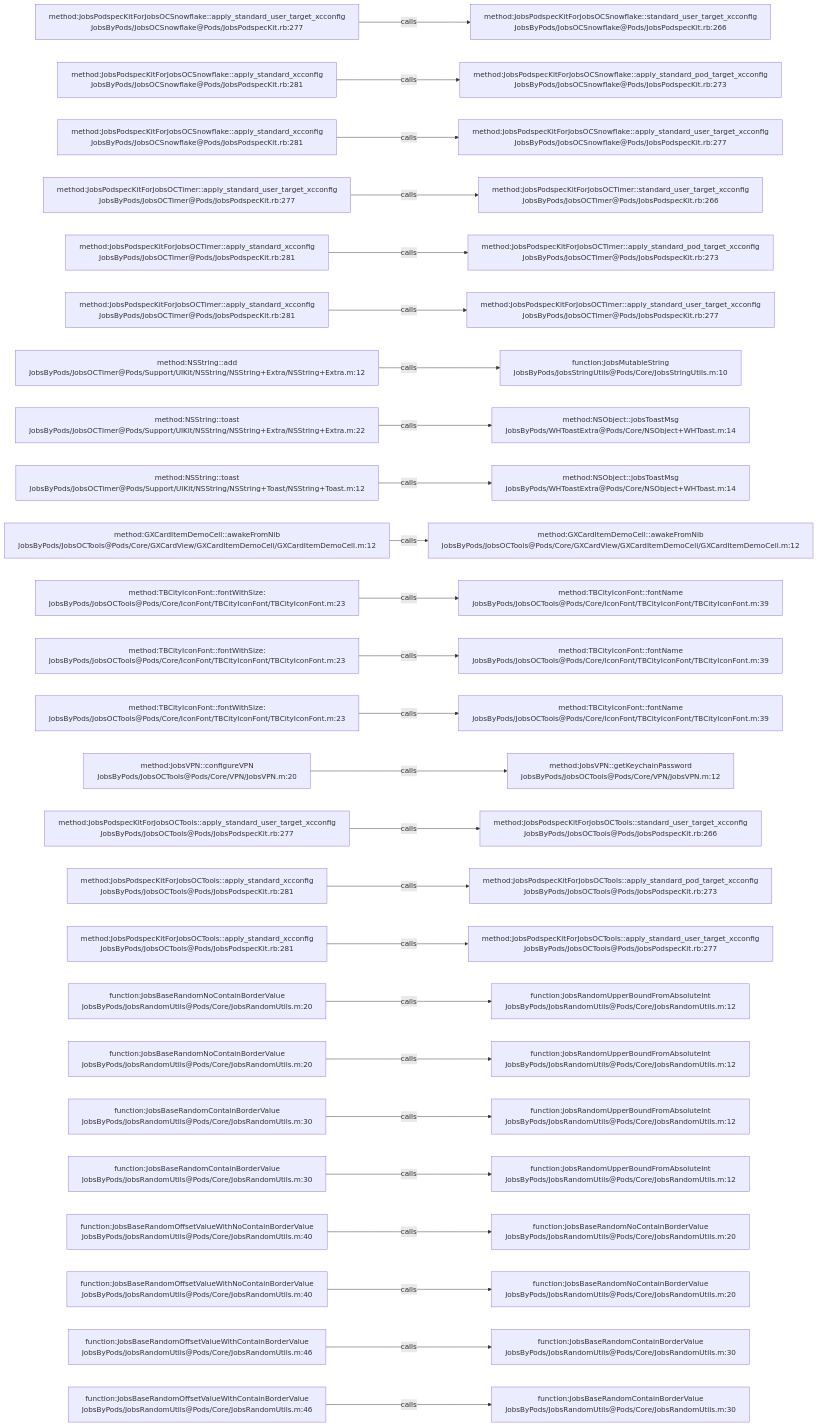
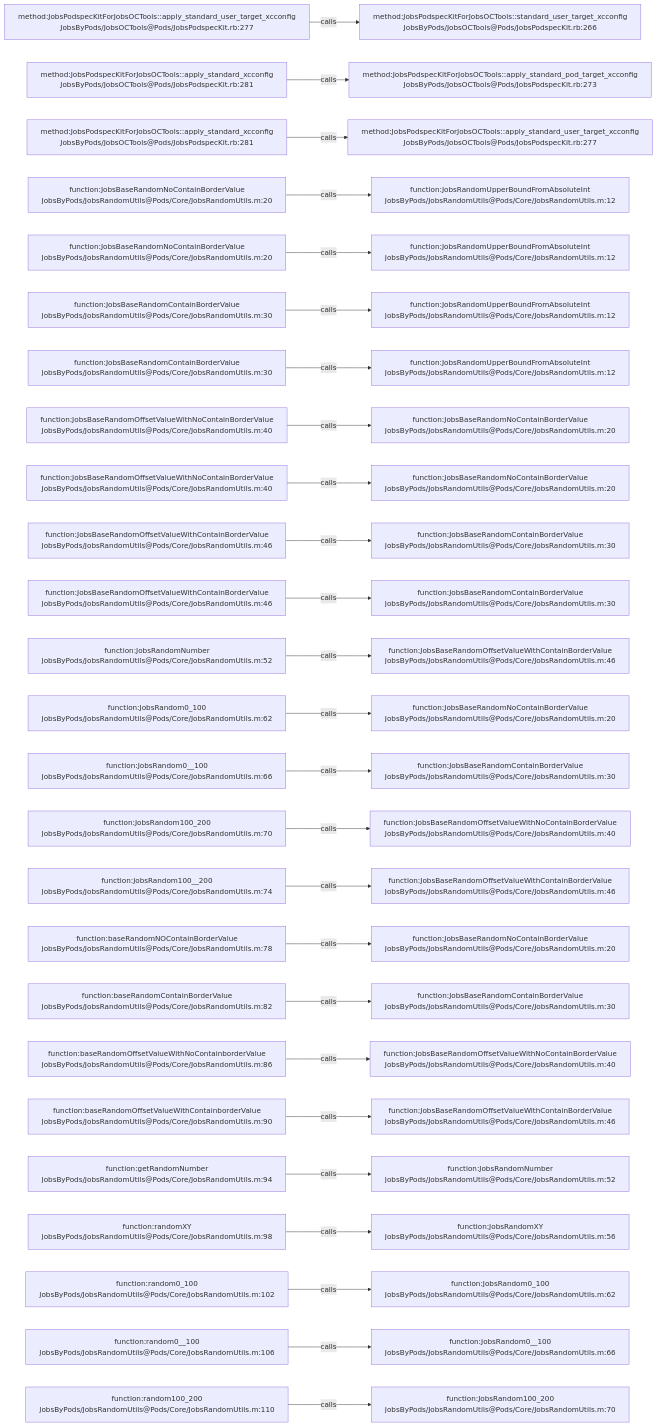
The diagram in .codegraph/codegraph.md/graphs/calls-014.md (JobsKits/JobsOCBaseConfigDemo), drawn with Mermaid before and after one commit. The commit also changed 296 other files, not shown here.

````diff
--- a/.codegraph/codegraph.md/graphs/calls-014.md
+++ b/.codegraph/codegraph.md/graphs/calls-014.md
@@ -13,78 +13,78 @@
 ```mermaid
 flowchart LR
-  S1["method:JobsPodspecKitForJobsOCSnowflake::apply_standard_user_target_xcconfig<br/>JobsByPods/JobsOCSnowflake@Pods/JobsPodspecKit.rb:277"]
-  T1["method:JobsPodspecKitForJobsOCSnowflake::standard_user_target_xcconfig<br/>JobsByPods/JobsOCSnowflake@Pods/JobsPodspecKit.rb:266"]
+  S1["method:JobsPodspecKitForJobsOCTools::apply_standard_user_target_xcconfig<br/>JobsByPods/JobsOCTools@Pods/JobsPodspecKit.rb:277"]
+  T1["method:JobsPodspecKitForJobsOCTools::standard_user_target_xcconfig<br/>JobsByPods/JobsOCTools@Pods/JobsPodspecKit.rb:266"]
   S1 -->|calls| T1
-  S2["method:JobsPodspecKitForJobsOCSnowflake::apply_standard_xcconfig<br/>JobsByPods/JobsOCSnowflake@Pods/JobsPodspecKit.rb:281"]
-  T2["method:JobsPodspecKitForJobsOCSnowflake::apply_standard_pod_target_xcconfig<br/>JobsByPods/JobsOCSnowflake@Pods/JobsPodspecKit.rb:273"]
+  S2["method:JobsPodspecKitForJobsOCTools::apply_standard_xcconfig<br/>JobsByPods/JobsOCTools@Pods/JobsPodspecKit.rb:281"]
+  T2["method:JobsPodspecKitForJobsOCTools::apply_standard_pod_target_xcconfig<br/>JobsByPods/JobsOCTools@Pods/JobsPodspecKit.rb:273"]
   S2 -->|calls| T2
-  S3["method:JobsPodspecKitForJobsOCSnowflake::apply_standard_xcconfig<br/>JobsByPods/JobsOCSnowflake@Pods/JobsPodspecKit.rb:281"]
-  T3["method:JobsPodspecKitForJobsOCSnowflake::apply_standard_user_target_xcconfig<br/>JobsByPods/JobsOCSnowflake@Pods/JobsPodspecKit.rb:277"]
+  S3["method:JobsPodspecKitForJobsOCTools::apply_standard_xcconfig<br/>JobsByPods/JobsOCTools@Pods/JobsPodspecKit.rb:281"]
+  T3["method:JobsPodspecKitForJobsOCTools::apply_standard_user_target_xcconfig<br/>JobsByPods/JobsOCTools@Pods/JobsPodspecKit.rb:277"]
   S3 -->|calls| T3
-  S4["method:JobsPodspecKitForJobsOCTimer::apply_standard_user_target_xcconfig<br/>JobsByPods/JobsOCTimer@Pods/JobsPodspecKit.rb:277"]
-  T4["method:JobsPodspecKitForJobsOCTimer::standard_user_target_xcconfig<br/>JobsByPods/JobsOCTimer@Pods/JobsPodspecKit.rb:266"]
+  S4["function:JobsBaseRandomNoContainBorderValue<br/>JobsByPods/JobsRandomUtils@Pods/Core/JobsRandomUtils.m:20"]
+  T4["function:JobsRandomUpperBoundFromAbsoluteInt<br/>JobsByPods/JobsRandomUtils@Pods/Core/JobsRandomUtils.m:12"]
   S4 -->|calls| T4
-  S5["method:JobsPodspecKitForJobsOCTimer::apply_standard_xcconfig<br/>JobsByPods/JobsOCTimer@Pods/JobsPodspecKit.rb:281"]
-  T5["method:JobsPodspecKitForJobsOCTimer::apply_standard_pod_target_xcconfig<br/>JobsByPods/JobsOCTimer@Pods/JobsPodspecKit.rb:273"]
+  S5["function:JobsBaseRandomNoContainBorderValue<br/>JobsByPods/JobsRandomUtils@Pods/Core/JobsRandomUtils.m:20"]
+  T5["function:JobsRandomUpperBoundFromAbsoluteInt<br/>JobsByPods/JobsRandomUtils@Pods/Core/JobsRandomUtils.m:12"]
   S5 -->|calls| T5
-  S6["method:JobsPodspecKitForJobsOCTimer::apply_standard_xcconfig<br/>JobsByPods/JobsOCTimer@Pods/JobsPodspecKit.rb:281"]
-  T6["method:JobsPodspecKitForJobsOCTimer::apply_standard_user_target_xcconfig<br/>JobsByPods/JobsOCTimer@Pods/JobsPodspecKit.rb:277"]
+  S6["function:JobsBaseRandomContainBorderValue<br/>JobsByPods/JobsRandomUtils@Pods/Core/JobsRandomUtils.m:30"]
+  T6["function:JobsRandomUpperBoundFromAbsoluteInt<br/>JobsByPods/JobsRandomUtils@Pods/Core/JobsRandomUtils.m:12"]
   S6 -->|calls| T6
-  S7["method:NSString::add<br/>JobsByPods/JobsOCTimer@Pods/Support/UIKit/NSString/NSString+Extra/NSString+Extra.m:12"]
-  T7["function:JobsMutableString<br/>JobsByPods/JobsStringUtils@Pods/Core/JobsStringUtils.m:10"]
+  S7["function:JobsBaseRandomContainBorderValue<br/>JobsByPods/JobsRandomUtils@Pods/Core/JobsRandomUtils.m:30"]
+  T7["function:JobsRandomUpperBoundFromAbsoluteInt<br/>JobsByPods/JobsRandomUtils@Pods/Core/JobsRandomUtils.m:12"]
   S7 -->|calls| T7
-  S8["method:NSString::toast<br/>JobsByPods/JobsOCTimer@Pods/Support/UIKit/NSString/NSString+Extra/NSString+Extra.m:22"]
-  T8["method:NSObject::jobsToastMsg<br/>JobsByPods/WHToastExtra@Pods/Core/NSObject+WHToast.m:14"]
+  S8["function:JobsBaseRandomOffsetValueWithNoContainBorderValue<br/>JobsByPods/JobsRandomUtils@Pods/Core/JobsRandomUtils.m:40"]
+  T8["function:JobsBaseRandomNoContainBorderValue<br/>JobsByPods/JobsRandomUtils@Pods/Core/JobsRandomUtils.m:20"]
   S8 -->|calls| T8
-  S9["method:NSString::toast<br/>JobsByPods/JobsOCTimer@Pods/Support/UIKit/NSString/NSString+Toast/NSString+Toast.m:12"]
-  T9["method:NSObject::jobsToastMsg<br/>JobsByPods/WHToastExtra@Pods/Core/NSObject+WHToast.m:14"]
+  S9["function:JobsBaseRandomOffsetValueWithNoContainBorderValue<br/>JobsByPods/JobsRandomUtils@Pods/Core/JobsRandomUtils.m:40"]
+  T9["function:JobsBaseRandomNoContainBorderValue<br/>JobsByPods/JobsRandomUtils@Pods/Core/JobsRandomUtils.m:20"]
   S9 -->|calls| T9
-  S10["method:GXCardItemDemoCell::awakeFromNib<br/>JobsByPods/JobsOCTools@Pods/Core/GXCardView/GXCardItemDemoCell/GXCardItemDemoCell.m:12"]
-  T10["method:GXCardItemDemoCell::awakeFromNib<br/>JobsByPods/JobsOCTools@Pods/Core/GXCardView/GXCardItemDemoCell/GXCardItemDemoCell.m:12"]
+  S10["function:JobsBaseRandomOffsetValueWithContainBorderValue<br/>JobsByPods/JobsRandomUtils@Pods/Core/JobsRandomUtils.m:46"]
+  T10["function:JobsBaseRandomContainBorderValue<br/>JobsByPods/JobsRandomUtils@Pods/Core/JobsRandomUtils.m:30"]
   S10 -->|calls| T10
-  S11["method:TBCityIconFont::fontWithSize:<br/>JobsByPods/JobsOCTools@Pods/Core/IconFont/TBCityIconFont/TBCityIconFont.m:23"]
-  T11["method:TBCityIconFont::fontName<br/>JobsByPods/JobsOCTools@Pods/Core/IconFont/TBCityIconFont/TBCityIconFont.m:39"]
+  S11["function:JobsBaseRandomOffsetValueWithContainBorderValue<br/>JobsByPods/JobsRandomUtils@Pods/Core/JobsRandomUtils.m:46"]
+  T11["function:JobsBaseRandomContainBorderValue<br/>JobsByPods/JobsRandomUtils@Pods/Core/JobsRandomUtils.m:30"]
   S11 -->|calls| T11
-  S12["method:TBCityIconFont::fontWithSize:<br/>JobsByPods/JobsOCTools@Pods/Core/IconFont/TBCityIconFont/TBCityIconFont.m:23"]
-  T12["method:TBCityIconFont::fontName<br/>JobsByPods/JobsOCTools@Pods/Core/IconFont/TBCityIconFont/TBCityIconFont.m:39"]
+  S12["function:JobsRandomNumber<br/>JobsByPods/JobsRandomUtils@Pods/Core/JobsRandomUtils.m:52"]
+  T12["function:JobsBaseRandomOffsetValueWithContainBorderValue<br/>JobsByPods/JobsRandomUtils@Pods/Core/JobsRandomUtils.m:46"]
   S12 -->|calls| T12
-  S13["method:TBCityIconFont::fontWithSize:<br/>JobsByPods/JobsOCTools@Pods/Core/IconFont/TBCityIconFont/TBCityIconFont.m:23"]
-  T13["method:TBCityIconFont::fontName<br/>JobsByPods/JobsOCTools@Pods/Core/IconFont/TBCityIconFont/TBCityIconFont.m:39"]
+  S13["function:JobsRandom0_100<br/>JobsByPods/JobsRandomUtils@Pods/Core/JobsRandomUtils.m:62"]
+  T13["function:JobsBaseRandomNoContainBorderValue<br/>JobsByPods/JobsRandomUtils@Pods/Core/JobsRandomUtils.m:20"]
   S13 -->|calls| T13
-  S14["method:JobsVPN::configureVPN<br/>JobsByPods/JobsOCTools@Pods/Core/VPN/JobsVPN.m:20"]
-  T14["method:JobsVPN::getKeychainPassword<br/>JobsByPods/JobsOCTools@Pods/Core/VPN/JobsVPN.m:12"]
+  S14["function:JobsRandom0__100<br/>JobsByPods/JobsRandomUtils@Pods/Core/JobsRandomUtils.m:66"]
+  T14["function:JobsBaseRandomContainBorderValue<br/>JobsByPods/JobsRandomUtils@Pods/Core/JobsRandomUtils.m:30"]
   S14 -->|calls| T14
-  S15["method:JobsPodspecKitForJobsOCTools::apply_standard_user_target_xcconfig<br/>JobsByPods/JobsOCTools@Pods/JobsPodspecKit.rb:277"]
-  T15["method:JobsPodspecKitForJobsOCTools::standard_user_target_xcconfig<br/>JobsByPods/JobsOCTools@Pods/JobsPodspecKit.rb:266"]
+  S15["function:JobsRandom100_200<br/>JobsByPods/JobsRandomUtils@Pods/Core/JobsRandomUtils.m:70"]
+  T15["function:JobsBaseRandomOffsetValueWithNoContainBorderValue<br/>JobsByPods/JobsRandomUtils@Pods/Core/JobsRandomUtils.m:40"]
   S15 -->|calls| T15
-  S16["method:JobsPodspecKitForJobsOCTools::apply_standard_xcconfig<br/>JobsByPods/JobsOCTools@Pods/JobsPodspecKit.rb:281"]
-  T16["method:JobsPodspecKitForJobsOCTools::apply_standard_pod_target_xcconfig<br/>JobsByPods/JobsOCTools@Pods/JobsPodspecKit.rb:273"]
+  S16["function:JobsRandom100__200<br/>JobsByPods/JobsRandomUtils@Pods/Core/JobsRandomUtils.m:74"]
+  T16["function:JobsBaseRandomOffsetValueWithContainBorderValue<br/>JobsByPods/JobsRandomUtils@Pods/Core/JobsRandomUtils.m:46"]
   S16 -->|calls| T16
-  S17["method:JobsPodspecKitForJobsOCTools::apply_standard_xcconfig<br/>JobsByPods/JobsOCTools@Pods/JobsPodspecKit.rb:281"]
-  T17["method:JobsPodspecKitForJobsOCTools::apply_standard_user_target_xcconfig<br/>JobsByPods/JobsOCTools@Pods/JobsPodspecKit.rb:277"]
+  S17["function:baseRandomNOContainBorderValue<br/>JobsByPods/JobsRandomUtils@Pods/Core/JobsRandomUtils.m:78"]
+  T17["function:JobsBaseRandomNoContainBorderValue<br/>JobsByPods/JobsRandomUtils@Pods/Core/JobsRandomUtils.m:20"]
   S17 -->|calls| T17
-  S18["function:JobsBaseRandomNoContainBorderValue<br/>JobsByPods/JobsRandomUtils@Pods/Core/JobsRandomUtils.m:20"]
-  T18["function:JobsRandomUpperBoundFromAbsoluteInt<br/>JobsByPods/JobsRandomUtils@Pods/Core/JobsRandomUtils.m:12"]
+  S18["function:baseRandomContainBorderValue<br/>JobsByPods/JobsRandomUtils@Pods/Core/JobsRandomUtils.m:82"]
+  T18["function:JobsBaseRandomContainBorderValue<br/>JobsByPods/JobsRandomUtils@Pods/Core/JobsRandomUtils.m:30"]
   S18 -->|calls| T18
-  S19["function:JobsBaseRandomNoContainBorderValue<br/>JobsByPods/JobsRandomUtils@Pods/Core/JobsRandomUtils.m:20"]
-  T19["function:JobsRandomUpperBoundFromAbsoluteInt<br/>JobsByPods/JobsRandomUtils@Pods/Core/JobsRandomUtils.m:12"]
+  S19["function:baseRandomOffsetValueWithNoContainborderValue<br/>JobsByPods/JobsRandomUtils@Pods/Core/JobsRandomUtils.m:86"]
+  T19["function:JobsBaseRandomOffsetValueWithNoContainBorderValue<br/>JobsByPods/JobsRandomUtils@Pods/Core/JobsRandomUtils.m:40"]
   S19 -->|calls| T19
-  S20["function:JobsBaseRandomContainBorderValue<br/>JobsByPods/JobsRandomUtils@Pods/Core/JobsRandomUtils.m:30"]
-  T20["function:JobsRandomUpperBoundFromAbsoluteInt<br/>JobsByPods/JobsRandomUtils@Pods/Core/JobsRandomUtils.m:12"]
+  S20["function:baseRandomOffsetValueWithContainborderValue<br/>JobsByPods/JobsRandomUtils@Pods/Core/JobsRandomUtils.m:90"]
+  T20["function:JobsBaseRandomOffsetValueWithContainBorderValue<br/>JobsByPods/JobsRandomUtils@Pods/Core/JobsRandomUtils.m:46"]
   S20 -->|calls| T20
-  S21["function:JobsBaseRandomContainBorderValue<br/>JobsByPods/JobsRandomUtils@Pods/Core/JobsRandomUtils.m:30"]
-  T21["function:JobsRandomUpperBoundFromAbsoluteInt<br/>JobsByPods/JobsRandomUtils@Pods/Core/JobsRandomUtils.m:12"]
+  S21["function:getRandomNumber<br/>JobsByPods/JobsRandomUtils@Pods/Core/JobsRandomUtils.m:94"]
+  T21["function:JobsRandomNumber<br/>JobsByPods/JobsRandomUtils@Pods/Core/JobsRandomUtils.m:52"]
   S21 -->|calls| T21
-  S22["function:JobsBaseRandomOffsetValueWithNoContainBorderValue<br/>JobsByPods/JobsRandomUtils@Pods/Core/JobsRandomUtils.m:40"]
-  T22["function:JobsBaseRandomNoContainBorderValue<br/>JobsByPods/JobsRandomUtils@Pods/Core/JobsRandomUtils.m:20"]
+  S22["function:randomXY<br/>JobsByPods/JobsRandomUtils@Pods/Core/JobsRandomUtils.m:98"]
+  T22["function:JobsRandomXY<br/>JobsByPods/JobsRandomUtils@Pods/Core/JobsRandomUtils.m:56"]
   S22 -->|calls| T22
-  S23["function:JobsBaseRandomOffsetValueWithNoContainBorderValue<br/>JobsByPods/JobsRandomUtils@Pods/Core/JobsRandomUtils.m:40"]
-  T23["function:JobsBaseRandomNoContainBorderValue<br/>JobsByPods/JobsRandomUtils@Pods/Core/JobsRandomUtils.m:20"]
+  S23["function:random0_100<br/>JobsByPods/JobsRandomUtils@Pods/Core/JobsRandomUtils.m:102"]
+  T23["function:JobsRandom0_100<br/>JobsByPods/JobsRandomUtils@Pods/Core/JobsRandomUtils.m:62"]
   S23 -->|calls| T23
-  S24["function:JobsBaseRandomOffsetValueWithContainBorderValue<br/>JobsByPods/JobsRandomUtils@Pods/Core/JobsRandomUtils.m:46"]
-  T24["function:JobsBaseRandomContainBorderValue<br/>JobsByPods/JobsRandomUtils@Pods/Core/JobsRandomUtils.m:30"]
+  S24["function:random0__100<br/>JobsByPods/JobsRandomUtils@Pods/Core/JobsRandomUtils.m:106"]
+  T24["function:JobsRandom0__100<br/>JobsByPods/JobsRandomUtils@Pods/Core/JobsRandomUtils.m:66"]
   S24 -->|calls| T24
-  S25["function:JobsBaseRandomOffsetValueWithContainBorderValue<br/>JobsByPods/JobsRandomUtils@Pods/Core/JobsRandomUtils.m:46"]
-  T25["function:JobsBaseRandomContainBorderValue<br/>JobsByPods/JobsRandomUtils@Pods/Core/JobsRandomUtils.m:30"]
+  S25["function:random100_200<br/>JobsByPods/JobsRandomUtils@Pods/Core/JobsRandomUtils.m:110"]
+  T25["function:JobsRandom100_200<br/>JobsByPods/JobsRandomUtils@Pods/Core/JobsRandomUtils.m:70"]
   S25 -->|calls| T25
 ```
````
